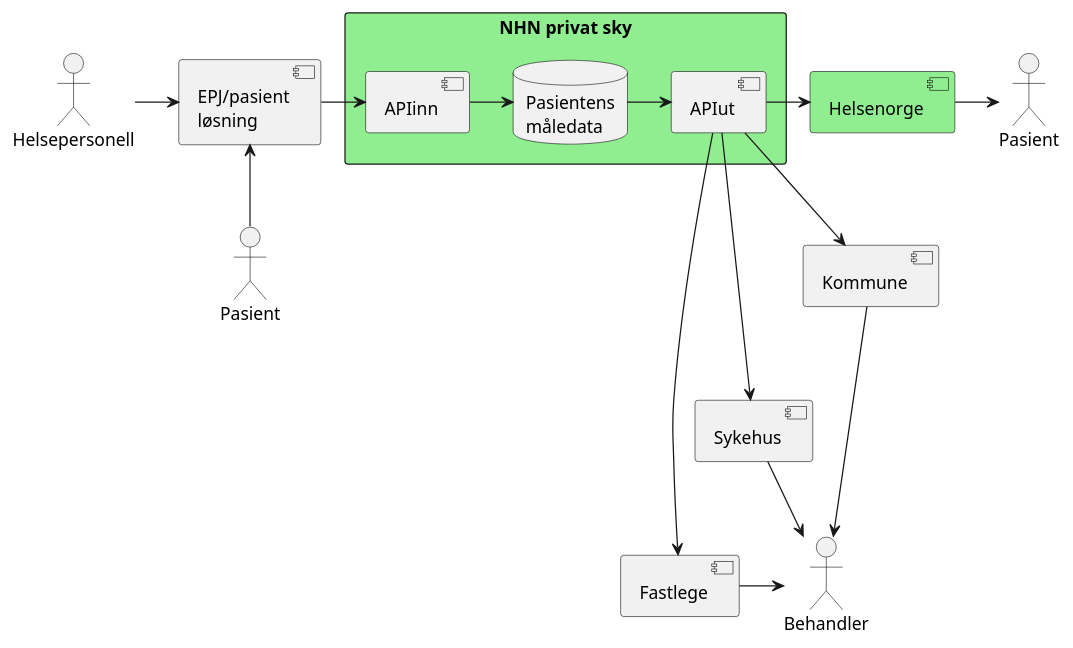
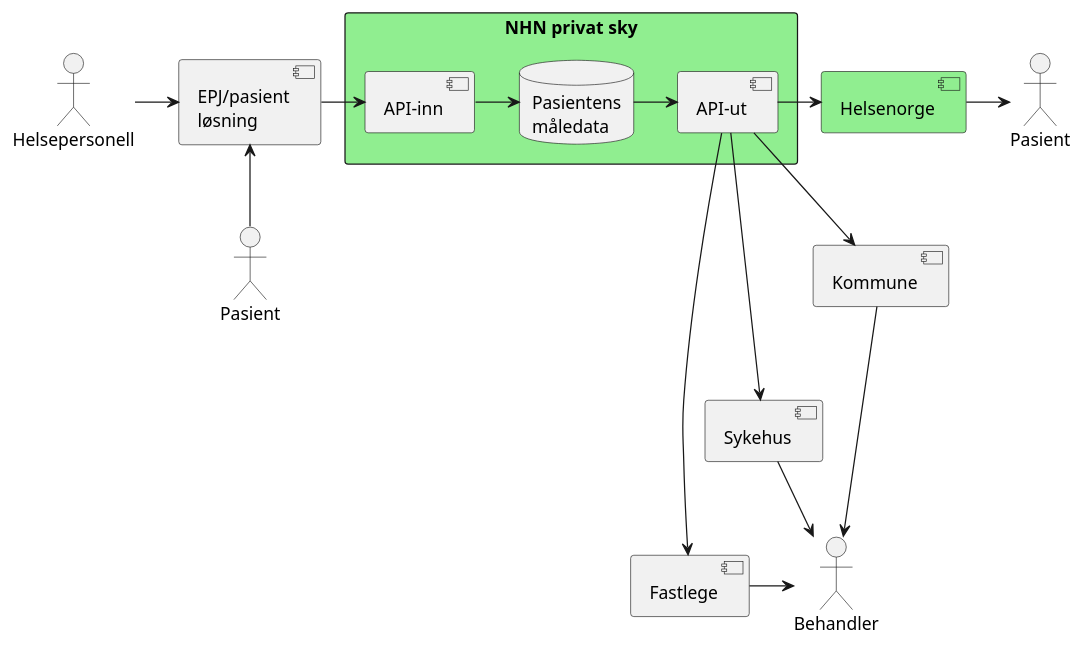
Before and after one commit to HL7Norway/VkpObservation: the diagram in VkpObservation/input/images-source/layout.plantuml, drawn with PlantUML. The commit also changed 1 other file, not shown here.

```diff
--- a/VkpObservation/input/images-source/layout.plantuml
+++ b/VkpObservation/input/images-source/layout.plantuml
@@ -1,52 +1,52 @@
 @startuml
 
 'rectangle produsenter {
 actor "Pasient" as pasient
 actor "Helsepersonell" as helseinn
 'component "DHO\nløsning" as dho
 component "EPJ/pasient\nløsning" as annen
 
 helseinn -> annen
 'pasient -> dho
 pasient -up-> annen
 
 
 'rectangle "NHN infrastruktur" as NHN #LightGreen {
 'card "API" as apinn
 'component "VKP" as VKP
 'card "API" as apiut
 
 rectangle "NHN privat sky" as NHNPS #LightGreen {
-   component "APIinn" as apinn2
+   component "API-inn" as apinn2
    database "Pasientens\nmåledata" as pmd
-   component "APIut" as apiut2
+   component "API-ut" as apiut2
    apinn2 -> pmd
    pmd -> apiut2
 }
 
 'component "Kommune\nPLO EPJ" as epj
 'rectangle konsumenter {
 component "Helsenorge" as helsenorge #LightGreen
 component "Kommune" as kommune
 component "Sykehus" as syk
 component "Fastlege" as fastlege
 
 'rectangle "konsument" as konsument {
 actor "Pasient" as pasientk
 actor "Behandler" as behandler
 helsenorge -down[hidden]- kommune
 kommune -[hidden]- syk
 syk -[hidden]- fastlege
 helsenorge -right-> pasientk
 kommune -right-> behandler
 syk -right-> behandler
 fastlege -right-> behandler
 
 
 annen -right-> apinn2
 apiut2 -right-> helsenorge
 apiut2 -right-> kommune
 apiut2 -right-> syk
 apiut2 -right-> fastlege
 
 @enduml
```
